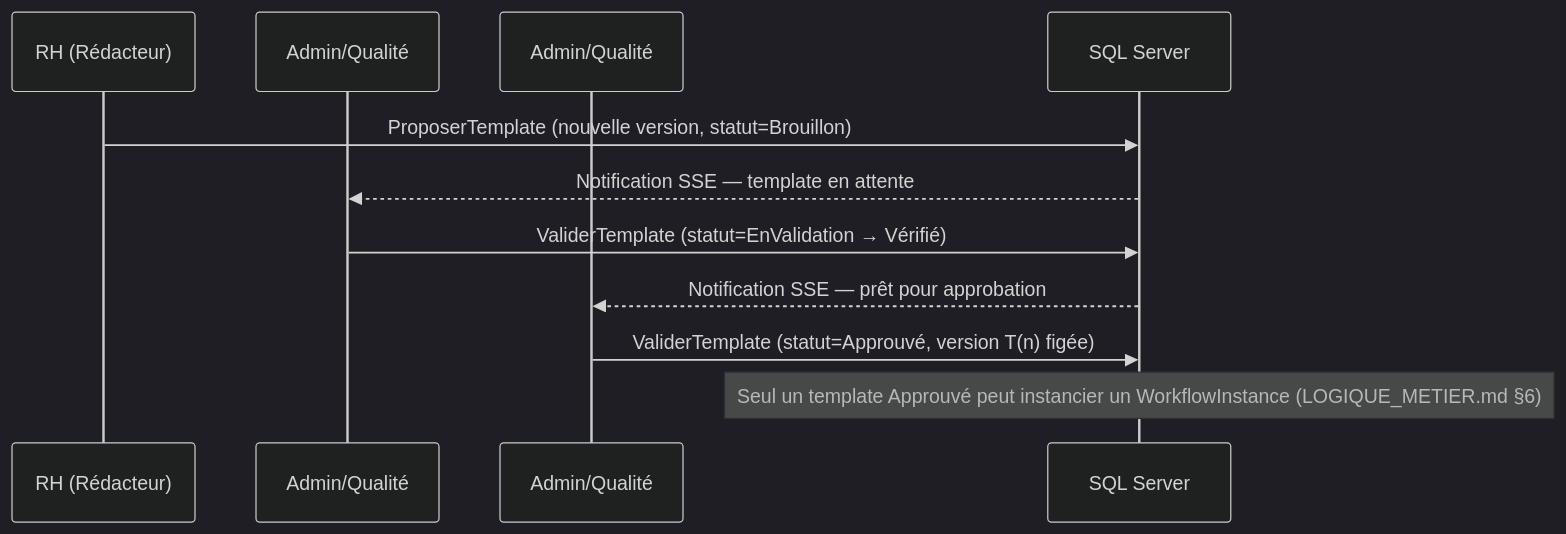
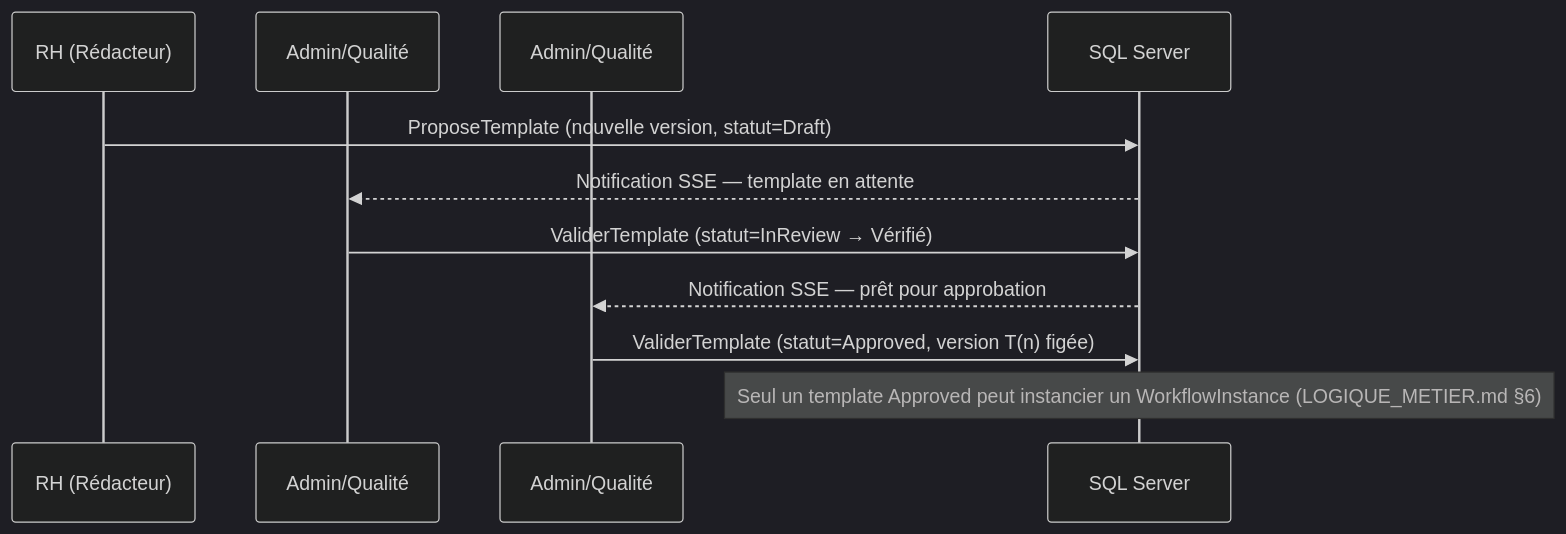
Before and after one commit to wekt2k04/arhia: the third of 5 diagrams in docs/ARCHITECTURE.md, drawn with Mermaid (dark theme). The commit also changed other lines of this file and 21 other files, not shown here.

````diff
--- a/docs/ARCHITECTURE.md
+++ b/docs/ARCHITECTURE.md
@@ -103,14 +103,14 @@
 ```mermaid
 sequenceDiagram
     participant RH as RH (Rédacteur)
     participant V as Admin/Qualité #1 (Vérificateur)
     participant A as Admin/Qualité #2 (Approbateur)
     participant DB as SQL Server
 
-    RH->>DB: ProposerTemplate (nouvelle version, statut=Brouillon)
+    RH->>DB: ProposeTemplate (nouvelle version, statut=Draft)
     DB-->>V: Notification SSE — template en attente
-    V->>DB: ValiderTemplate (statut=EnValidation → Vérifié)
+    V->>DB: ValiderTemplate (statut=InReview → Vérifié)
     DB-->>A: Notification SSE — prêt pour approbation
-    A->>DB: ValiderTemplate (statut=Approuvé, version T(n) figée)
-    Note over DB: Seul un template Approuvé peut instancier un WorkflowInstance (LOGIQUE_METIER.md §6)
+    A->>DB: ValiderTemplate (statut=Approved, version T(n) figée)
+    Note over DB: Seul un template Approved peut instancier un WorkflowInstance (LOGIQUE_METIER.md §6)
 ```
````
